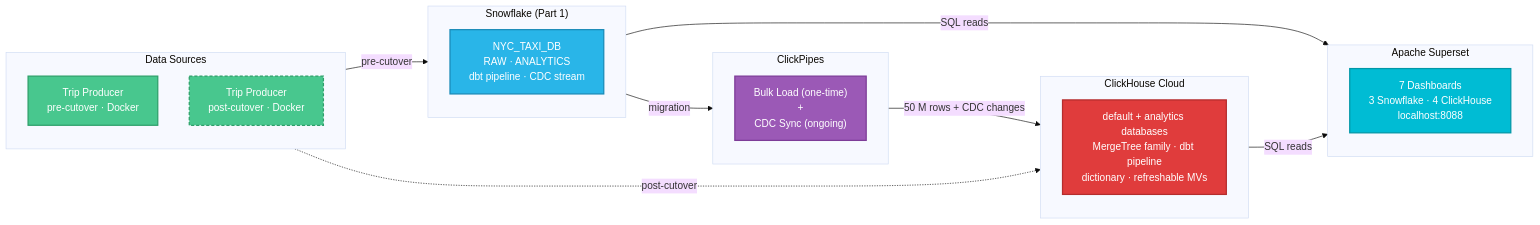
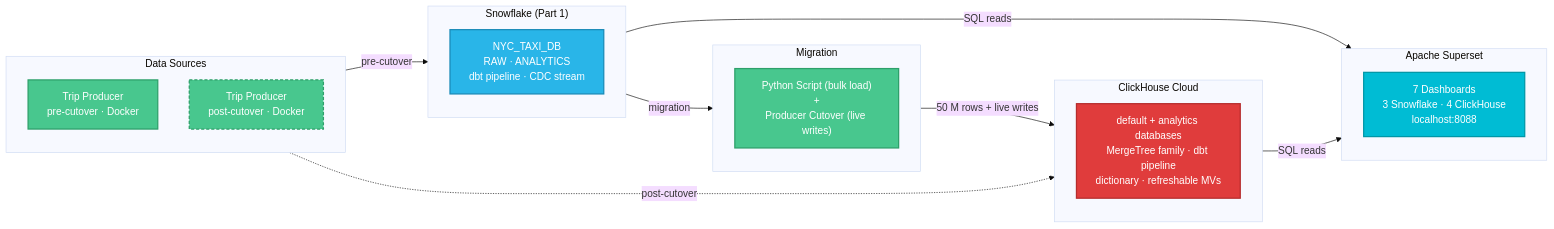
One commit to ClickHouse/ClickHouse_Demos changed the diagram in partner_labs/01-snowflake-migration-lab/03-migrate-to-clickhouse/docs/architecture.mmd. Above: the diagram before and after it, drawn with Mermaid. The commit also changed 20 other files, not shown here.

```diff
--- a/partner_labs/01-snowflake-migration-lab/03-migrate-to-clickhouse/docs/architecture.mmd
+++ b/partner_labs/01-snowflake-migration-lab/03-migrate-to-clickhouse/docs/architecture.mmd
@@ -1,48 +1,48 @@
 %%{init: {"theme": "base", "themeVariables": {"fontSize": "16px"}}}%%
 flowchart LR
     subgraph SRC ["  Data Sources  "]
         direction TB
         PRD_SF["Trip Producer<br/>pre-cutover · Docker"]
         PRD_CH["Trip Producer<br/>post-cutover · Docker"]
     end
 
     subgraph SF ["  Snowflake (Part 1)  "]
         direction TB
         SF_NOTE["NYC_TAXI_DB<br/>RAW · ANALYTICS<br/>dbt pipeline · CDC stream"]
     end
 
-    subgraph BRIDGE ["  ClickPipes  "]
+    subgraph BRIDGE ["  Migration  "]
         direction TB
-        CP_NOTE["Bulk Load (one-time)<br/>+<br/>CDC Sync (ongoing)"]
+        CP_NOTE["Python Script (bulk load)<br/>+<br/>Producer Cutover (live writes)"]
     end
 
     subgraph CH ["  ClickHouse Cloud  "]
         direction TB
         CH_NOTE["default + analytics databases<br/>MergeTree family · dbt pipeline<br/>dictionary · refreshable MVs"]
     end
 
     subgraph BI ["  Apache Superset  "]
         direction TB
         BI_NOTE["7 Dashboards<br/>3 Snowflake · 4 ClickHouse<br/>localhost:8088"]
     end
 
     PRD_SF  -->|"pre-cutover"| SF
     SF      -->|"migration"| BRIDGE
-    BRIDGE  -->|"50 M rows + CDC changes"| CH
+    BRIDGE  -->|"50 M rows + live writes"| CH
     SF      -->|"SQL reads"| BI
     CH      -->|"SQL reads"| BI
     PRD_CH  -.->|"post-cutover"| CH
 
     classDef srcNode    fill:#48C78E,color:#fff,stroke:#2ea06a,stroke-width:2px
     classDef srcDashed  fill:#48C78E,color:#fff,stroke:#2ea06a,stroke-width:2px,stroke-dasharray:5 3
     classDef sfNode     fill:#29B5E8,color:#fff,stroke:#1a8bb8,stroke-width:2px
-    classDef bridgeNode fill:#9B59B6,color:#fff,stroke:#7d3c98,stroke-width:2px
+    classDef bridgeNode fill:#48C78E,color:#fff,stroke:#2ea06a,stroke-width:2px
     classDef chNode     fill:#E03C3C,color:#fff,stroke:#b52d2d,stroke-width:2px
     classDef biNode     fill:#00BCD4,color:#fff,stroke:#0097a7,stroke-width:2px
 
     class PRD_SF srcNode
     class PRD_CH srcDashed
     class SF_NOTE sfNode
     class CP_NOTE bridgeNode
     class CH_NOTE chNode
     class BI_NOTE biNode
```
